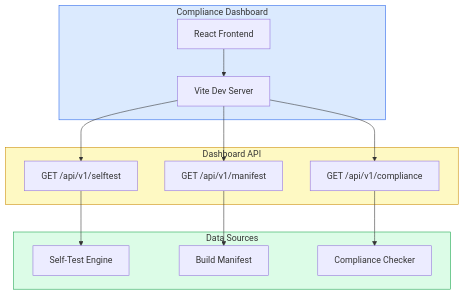
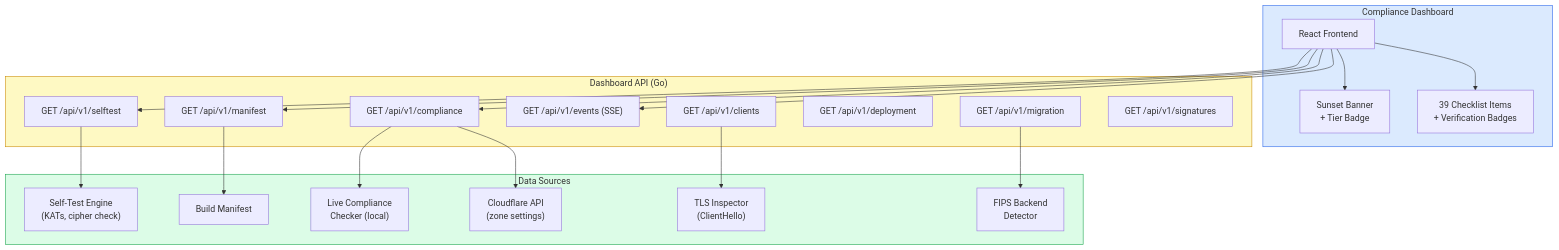
One commit to JongoDB/cloudflared-fips changed the ninth of 10 diagrams in docs/architecture-diagram.md. Above: the diagram before and after it, drawn with Mermaid. The commit also changed other lines of this file and 12 other files, not shown here.

````diff
--- a/docs/architecture-diagram.md
+++ b/docs/architecture-diagram.md
@@ -142,31 +365,42 @@
 ```mermaid
 flowchart TB
     subgraph Dashboard["Compliance Dashboard"]
         D1[React Frontend]
-        D2[Vite Dev Server]
+        D2["Sunset Banner\n+ Tier Badge"]
+        D3["39 Checklist Items\n+ Verification Badges"]
     end
 
-    subgraph API["Dashboard API"]
+    subgraph API["Dashboard API (Go)"]
         A1["GET /api/v1/compliance"]
         A2["GET /api/v1/manifest"]
         A3["GET /api/v1/selftest"]
+        A4["GET /api/v1/events (SSE)"]
+        A5["GET /api/v1/migration"]
+        A6["GET /api/v1/deployment"]
+        A7["GET /api/v1/clients"]
+        A8["GET /api/v1/signatures"]
     end
 
     subgraph DataSources["Data Sources"]
-        DS1["Self-Test Engine"]
+        DS1["Self-Test Engine\n(KATs, cipher check)"]
         DS2["Build Manifest"]
-        DS3["Compliance Checker"]
+        DS3["Live Compliance\nChecker (local)"]
+        DS4["Cloudflare API\n(zone settings)"]
+        DS5["TLS Inspector\n(ClientHello)"]
+        DS6["FIPS Backend\nDetector"]
     end
 
     D1 --> D2
-    D2 --> A1
-    D2 --> A2
-    D2 --> A3
+    D1 --> D3
+    D1 --> A1 & A2 & A3 & A4
     A1 --> DS3
+    A1 --> DS4
     A2 --> DS2
     A3 --> DS1
+    A5 --> DS6
+    A7 --> DS5
 
     style Dashboard fill:#dbeafe,stroke:#2563eb
     style API fill:#fef9c3,stroke:#ca8a04
     style DataSources fill:#dcfce7,stroke:#16a34a
 ```
````
